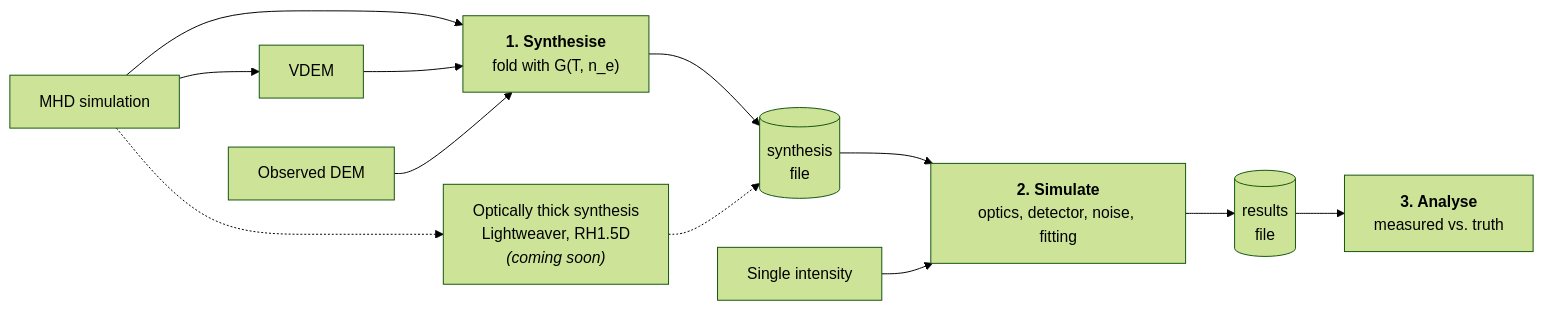
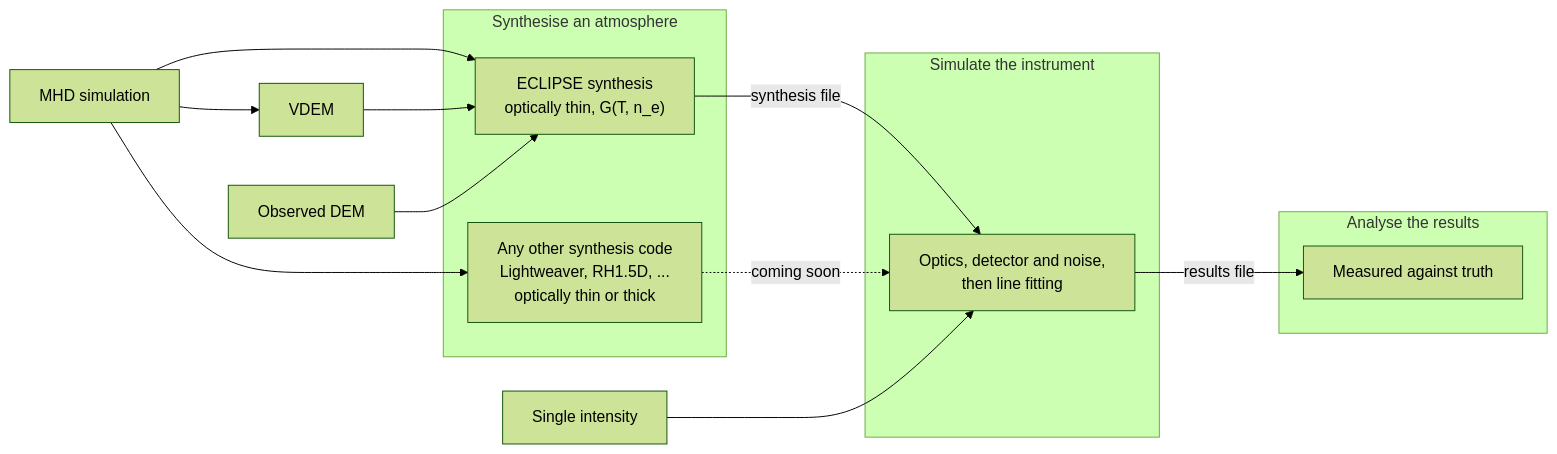
The diagram in docs/index.md (jamesmckevitt/eclipse), drawn with Mermaid (forest theme) before and after one commit. The commit also changed other lines of this file, not shown here.

Commit message:
Group the flow chart into the three pipeline stages
Subgraphs for synthesis, simulation and analysis, so the stage names
label the sections rather than numbering the boxes. Edges carry the
interfaces: the synthesis file, the results file, and 'coming soon' on
the ingest of externally synthesised spectra. Verified the source
renders with mermaid-cli 11.

````diff
--- a/docs/index.md
+++ b/docs/index.md
@@ -18,14 +18,31 @@
 ```mermaid
 flowchart LR
-    MHD["MHD simulation"] --> SYN
+    MHD["MHD simulation"]
+    DEM["Observed DEM"]
+    UNI["Single intensity"]
+
     MHD --> VDEM["VDEM"]
-    MHD -.-> EXT["Optically thick synthesis<br>Lightweaver, RH1.5D<br><i>(coming soon)</i>"]
-    VDEM --> SYN
-    DEM["Observed DEM"] --> SYN
-    SYN["<b>1. Synthesise</b><br>fold with G(T, n_e)"] --> PKL[("synthesis<br>file")]
-    EXT -.-> PKL
-    PKL --> INS
-    UNI["Single intensity"] --> INS
-    INS["<b>2. Simulate</b><br>optics, detector, noise, fitting"] --> RES[("results<br>file")]
-    RES --> ANA["<b>3. Analyse</b><br>measured vs. truth"]
+
+    subgraph SYN["Synthesise an atmosphere"]
+        ECL["ECLIPSE synthesis<br>optically thin, G(T, n_e)"]
+        EXT["Any other synthesis code<br>Lightweaver, RH1.5D, ...<br>optically thin or thick"]
+    end
+
+    subgraph SIM["Simulate the instrument"]
+        INS["Optics, detector and noise,<br>then line fitting"]
+    end
+
+    subgraph ANL["Analyse the results"]
+        ANA["Measured against truth"]
+    end
+
+    MHD --> ECL
+    MHD --> EXT
+    VDEM --> ECL
+    DEM --> ECL
+
+    ECL -- "synthesis file" --> INS
+    EXT -. "coming soon" .-> INS
+    UNI --> INS
+    INS -- "results file" --> ANA
 ```
````
